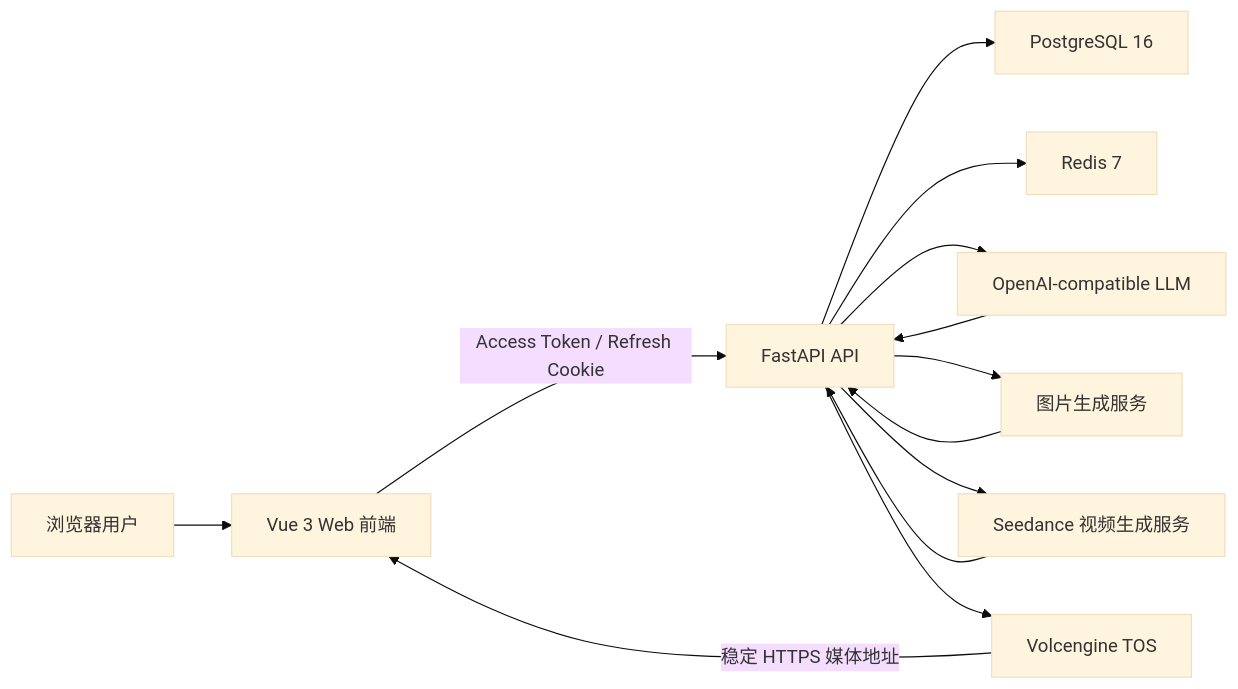
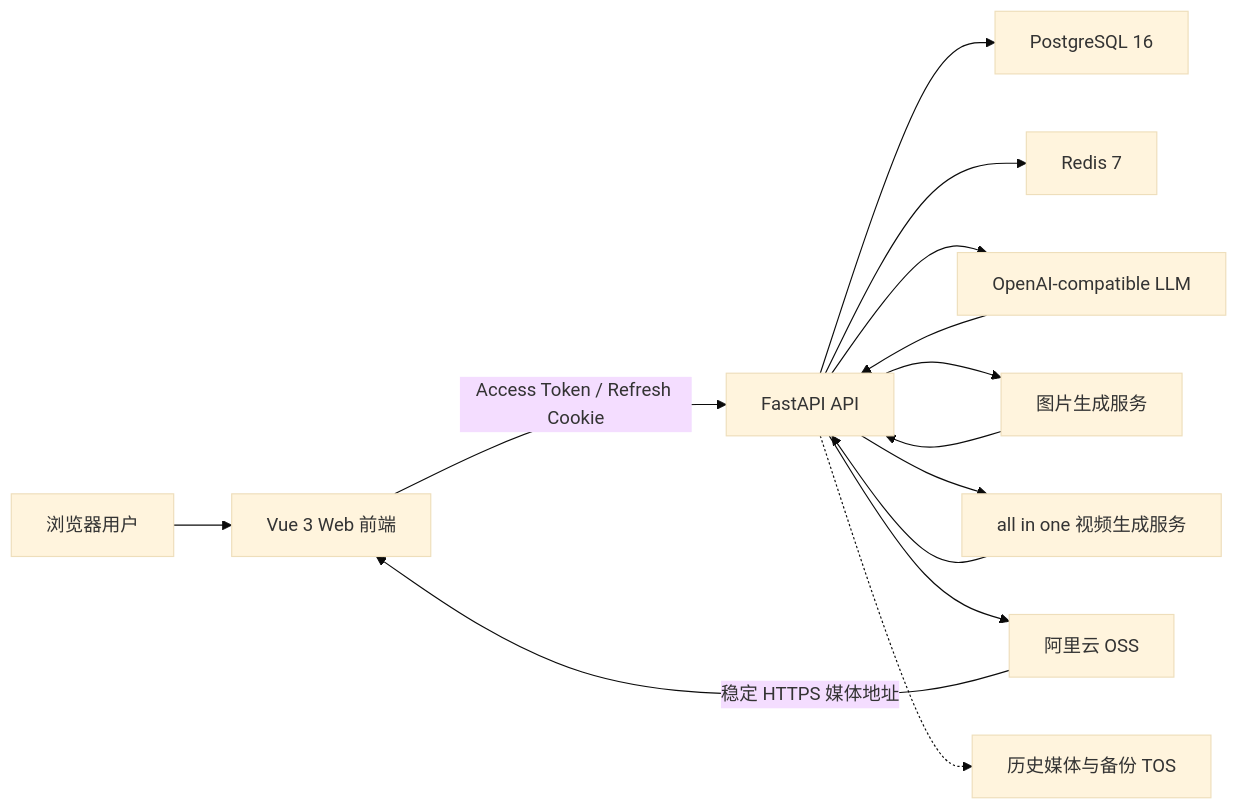
One commit to Zzzsj11/frontend changed the diagram in README.md. Above: the diagram before and after it, drawn with Mermaid (base theme). The commit also changed other lines of this file and 234 other files, not shown here.

````diff
--- a/README.md
+++ b/README.md
@@ -47,15 +49,16 @@
 ```mermaid
 flowchart LR
     U["浏览器用户"] --> FE["Vue 3 Web 前端"]
     FE -->|"Access Token / Refresh Cookie"| API["FastAPI API"]
     API --> PG["PostgreSQL 16"]
     API --> REDIS["Redis 7"]
     API --> LLM["OpenAI-compatible LLM"]
     API --> IMG["图片生成服务"]
-    API --> VIDEO["Seedance 视频生成服务"]
-    API --> TOS["Volcengine TOS"]
+    API --> VIDEO["all in one 视频生成服务"]
+    API --> OSS["阿里云 OSS"]
+    API -.-> TOS["历史媒体与备份 TOS"]
     LLM --> API
     IMG --> API
     VIDEO --> API
-    TOS -->|"稳定 HTTPS 媒体地址"| FE
+    OSS -->|"稳定 HTTPS 媒体地址"| FE
 ```
````
